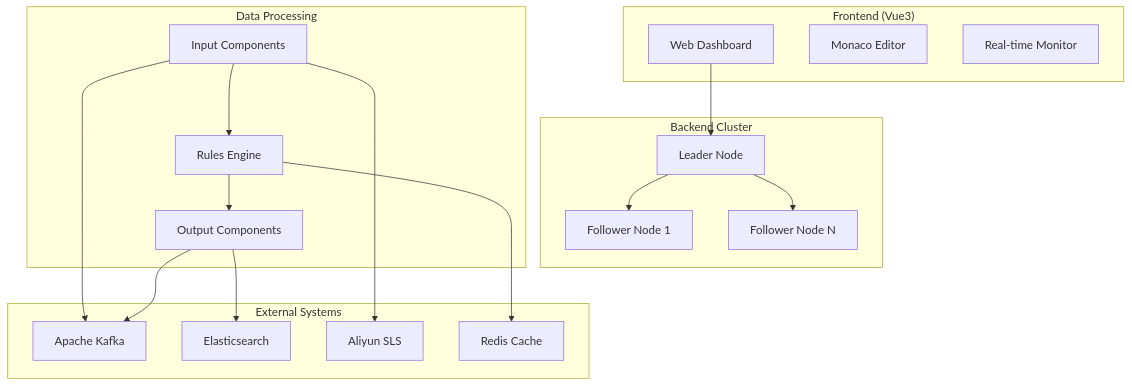
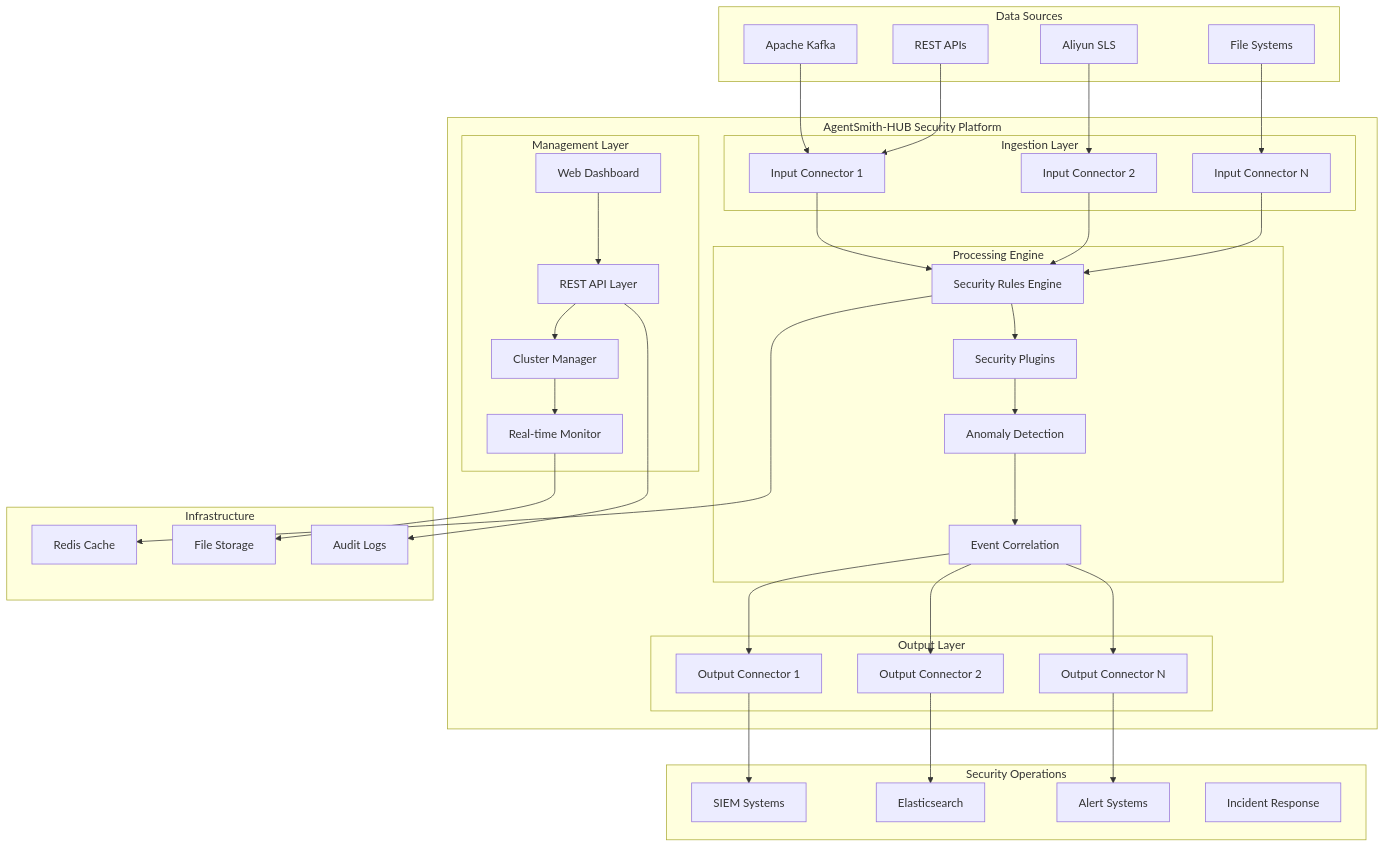
Before and after one commit to EBWi11/AgentSmith-HUB: the diagram in README.md, drawn with Mermaid. The commit also changed other lines of this file, not shown here.

````diff
--- a/README.md
+++ b/README.md
@@ -39,40 +39,78 @@
 ```mermaid
 graph TB
-    subgraph "Frontend (Vue3)"
-        UI[Web Dashboard]
-        Editor[Monaco Editor]
-        Monitor[Real-time Monitor]
+    subgraph "Data Sources"
+        Kafka[Apache Kafka]
+        SLS[Aliyun SLS]
+        Files[File Systems]
+        API[REST APIs]
     end
     
-    subgraph "Backend Cluster"
-        Leader[Leader Node]
-        Follower1[Follower Node 1]
-        Follower2[Follower Node N]
+    subgraph "AgentSmith-HUB Security Platform"
+        subgraph "Ingestion Layer"
+            I1[Input Connector 1]
+            I2[Input Connector 2]
+            IN[Input Connector N]
+        end
+        
+        subgraph "Processing Engine"
+            Rules[Security Rules Engine]
+            Plugins[Security Plugins]
+            Threshold[Anomaly Detection]
+            Correlation[Event Correlation]
+        end
+        
+        subgraph "Management Layer"
+            Web[Web Dashboard]
+            API_Layer[REST API Layer]
+            Cluster[Cluster Manager]
+            Monitor[Real-time Monitor]
+        end
+        
+        subgraph "Output Layer"
+            O1[Output Connector 1]
+            O2[Output Connector 2]
+            ON[Output Connector N]
+        end
     end
     
-    subgraph "Data Processing"
-        Input[Input Components]
-        Rules[Rules Engine]
-        Output[Output Components]
+    subgraph "Security Operations"
+        SIEM[SIEM Systems]
+        ES[Elasticsearch]
+        Alerts[Alert Systems]
+        Response[Incident Response]
     end
     
-    subgraph "External Systems"
-        Kafka[Apache Kafka]
-        ES[Elasticsearch]
-        SLS[Aliyun SLS]
+    subgraph "Infrastructure"
         Redis[Redis Cache]
+        FS[File Storage]
+        Logs[Audit Logs]
     end
     
-    UI --> Leader
-    Leader --> Follower1
-    Leader --> Follower2
+    Kafka --> I1
+    SLS --> I2
+    Files --> IN
+    API --> I1
     
-    Input --> Rules
-    Rules --> Output
+    I1 --> Rules
+    I2 --> Rules
+    IN --> Rules
     
-    Input --> Kafka
-    Input --> SLS
-    Output --> ES
-    Output --> Kafka
+    Rules --> Plugins
+    Plugins --> Threshold
+    Threshold --> Correlation
+    Correlation --> O1
+    Correlation --> O2
+    Correlation --> ON
+    
+    O1 --> SIEM
+    O2 --> ES
+    ON --> Alerts
+    
+    Web --> API_Layer
+    API_Layer --> Cluster
+    Cluster --> Monitor
+    
     Rules --> Redis
+    Monitor --> FS
+    API_Layer --> Logs
 ```
````
